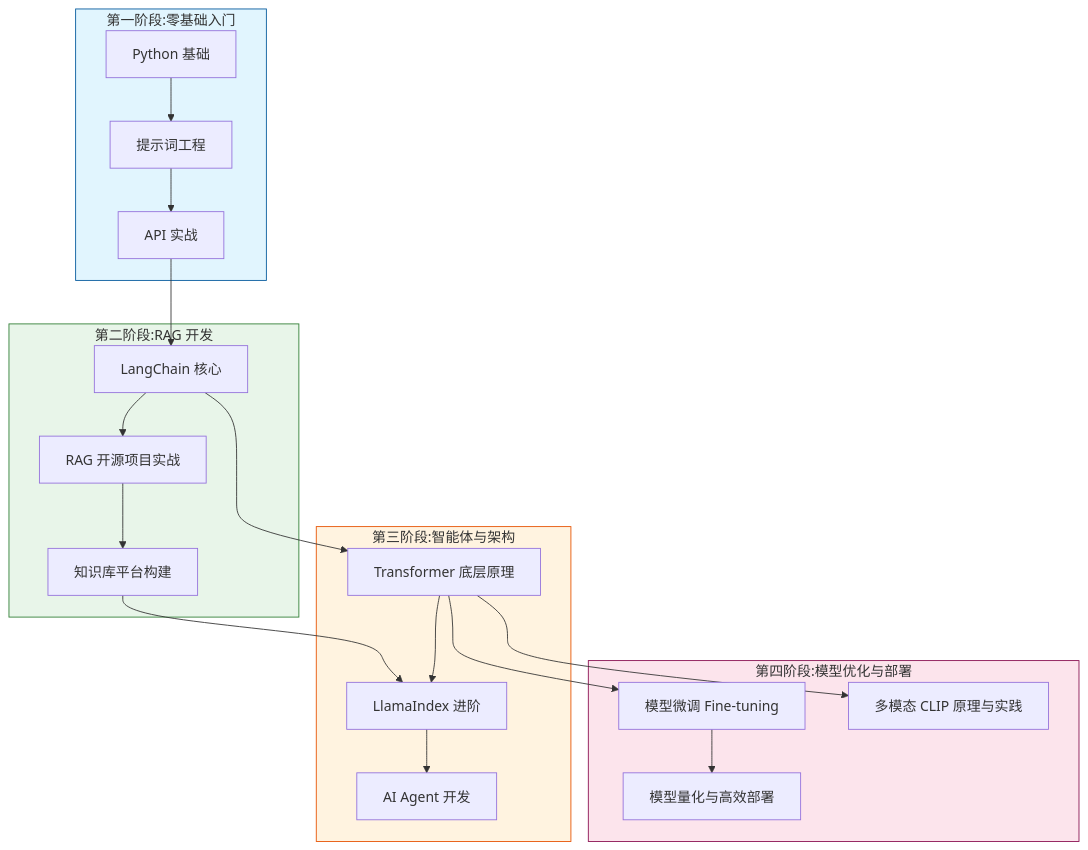
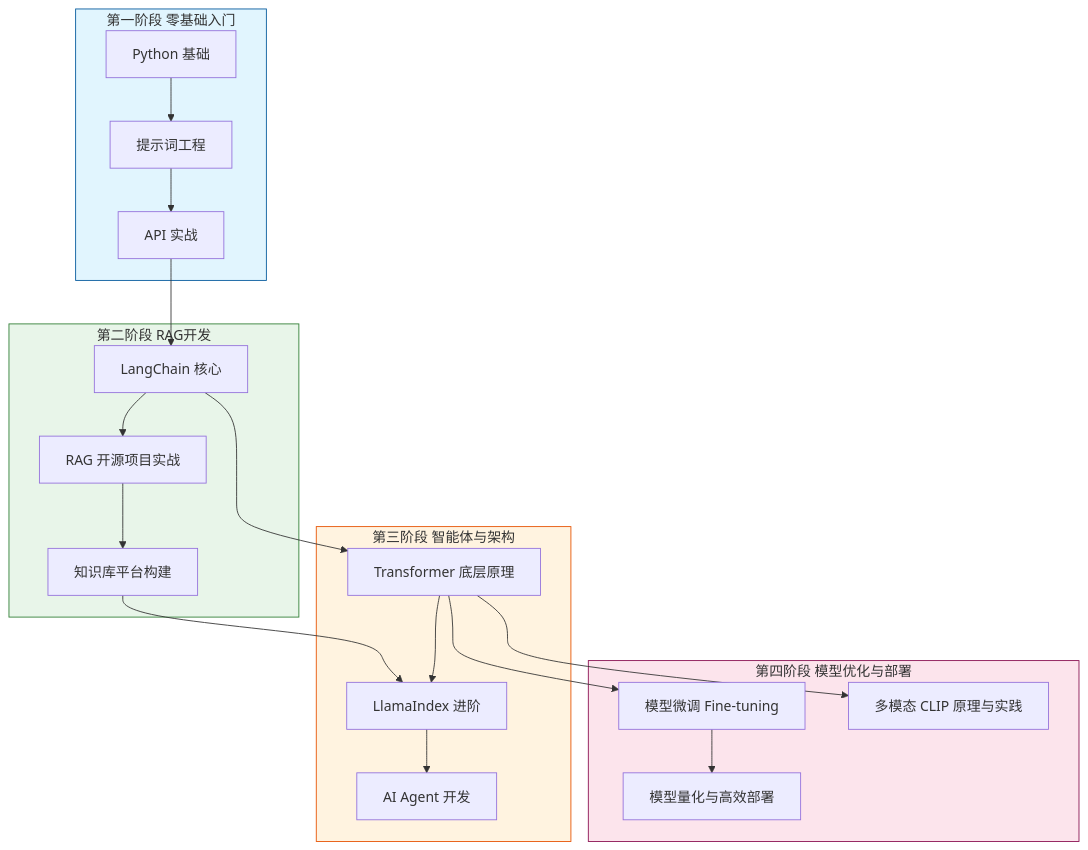
Before and after one commit to pulj26pulj26/Awesome-AI-LLM-Roadmap: the diagram in README.md, drawn with Mermaid. The commit also changed other lines of this file, not shown here.

````diff
--- a/README.md
+++ b/README.md
@@ -27,31 +27,31 @@
 ```mermaid
 graph TD
-    subgraph Phase1[第一阶段:零基础入门]
+    subgraph Phase1 [第一阶段 零基础入门]
         A1[Python 基础] --> A2[提示词工程]
         A2 --> A3[API 实战]
     end
 
-    subgraph Phase2[第二阶段:RAG 开发]
+    subgraph Phase2 [第二阶段 RAG开发]
         A3 --> B1[LangChain 核心]
         B1 --> B2[RAG 开源项目实战]
         B2 --> B3[知识库平台构建]
     end
 
-    subgraph Phase3[第三阶段:智能体与架构]
+    subgraph Phase3 [第三阶段 智能体与架构]
         B3 --> C1[LlamaIndex 进阶]
         B1 --> C2[Transformer 底层原理]
         C2 --> C1
         C1 --> C3[AI Agent 开发]
     end
 
-    subgraph Phase4[第四阶段:模型优化与部署]
+    subgraph Phase4 [第四阶段 模型优化与部署]
         C2 --> D1[模型微调 Fine-tuning]
         D1 --> D2[模型量化与高效部署]
         C2 --> D3[多模态 CLIP 原理与实践]
     end
 
     style Phase1 fill:#e1f5fe,stroke:#01579b
     style Phase2 fill:#e8f5e9,stroke:#2e7d32
     style Phase3 fill:#fff3e0,stroke:#e65100
     style Phase4 fill:#fce4ec,stroke:#880e4f
 ```
````
